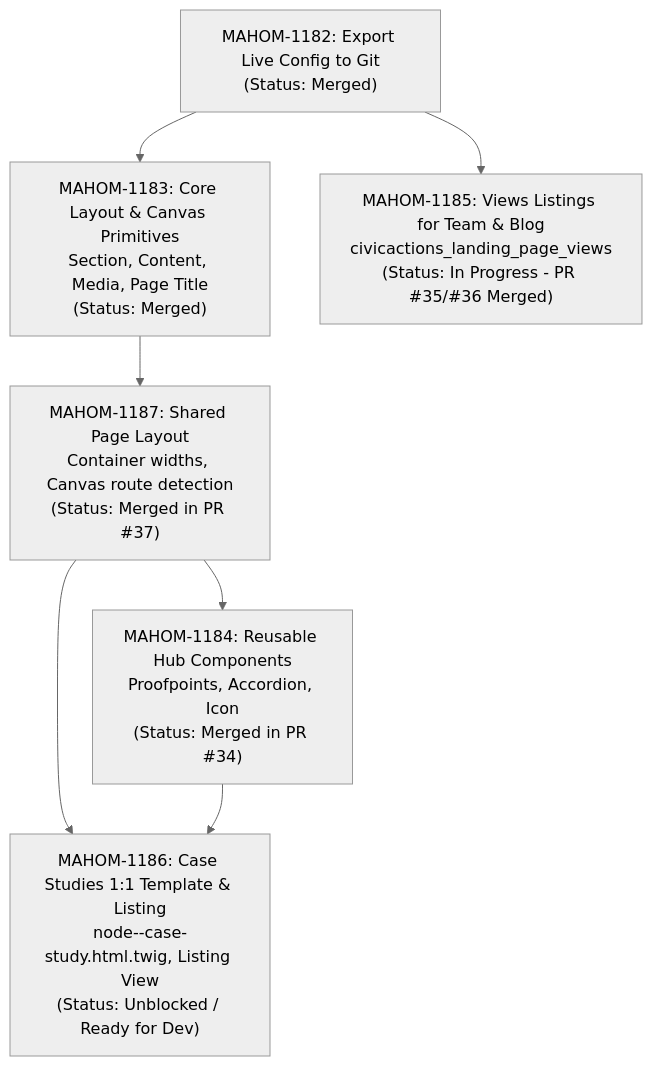
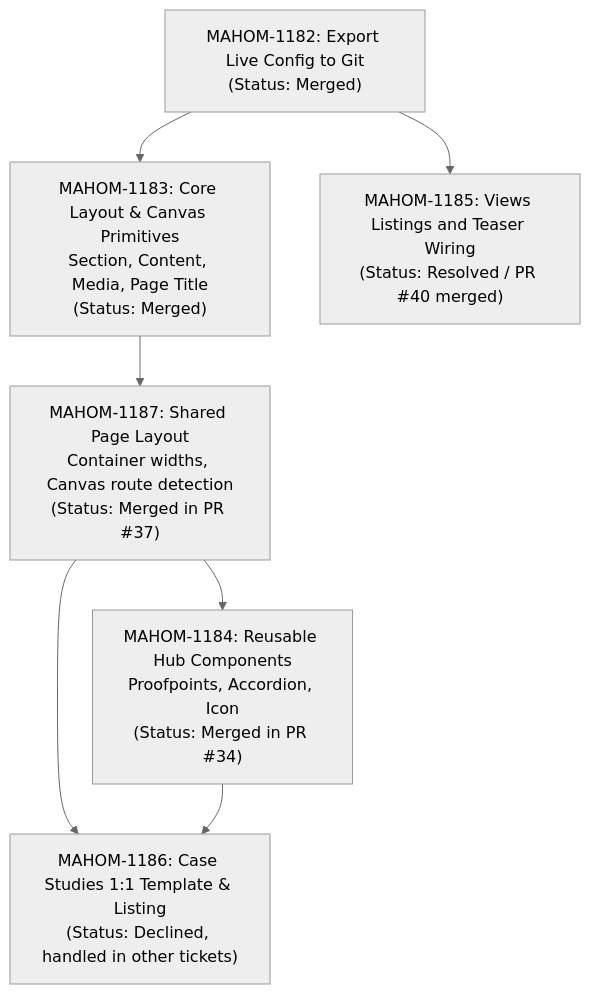
The diagram in docs/plans/component-migration.md (CivicActions/civicactions), drawn with Mermaid (neutral theme) before and after one commit. The commit also changed other lines of this file and 1 other file, not shown here.

Commit message:
docs(roadmap): sync Jira status and team decisions

````diff
--- a/docs/plans/component-migration.md
+++ b/docs/plans/component-migration.md
@@ -81,16 +82,16 @@
 ```mermaid
 flowchart TD
     D0["MAHOM-1182: Export Live Config to Git\n(Status: Merged)"]
     I1["MAHOM-1183: Core Layout & Canvas Primitives\nSection, Content, Media, Page Title\n(Status: Merged)"]
     I15["MAHOM-1187: Shared Page Layout\nContainer widths, Canvas route detection\n(Status: Merged in PR #37)"]
     I2["MAHOM-1184: Reusable Hub Components\nProofpoints, Accordion, Icon\n(Status: Merged in PR #34)"]
-    I3["MAHOM-1185: Views Listings for Team & Blog\ncivicactions_landing_page_views\n(Status: In Progress - PR #35/#36 Merged)"]
-    I4["MAHOM-1186: Case Studies 1:1 Template & Listing\nnode--case-study.html.twig, Listing View\n(Status: Unblocked / Ready for Dev)"]
+    I3["MAHOM-1185: Views Listings and Teaser Wiring\n(Status: Resolved / PR #40 merged)"]
+    I4["MAHOM-1186: Case Studies 1:1 Template & Listing\n(Status: Declined, handled in other tickets)"]
 
     D0 --> I1
     D0 --> I3
     I1 --> I15
     I15 --> I2
     I15 --> I4
     I2 --> I4
 ```
````
